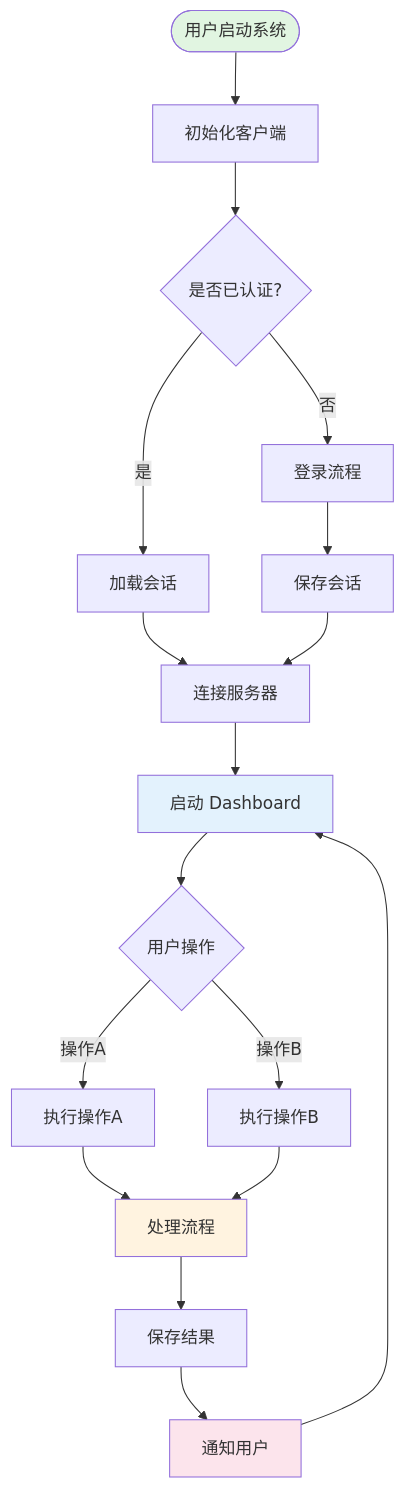
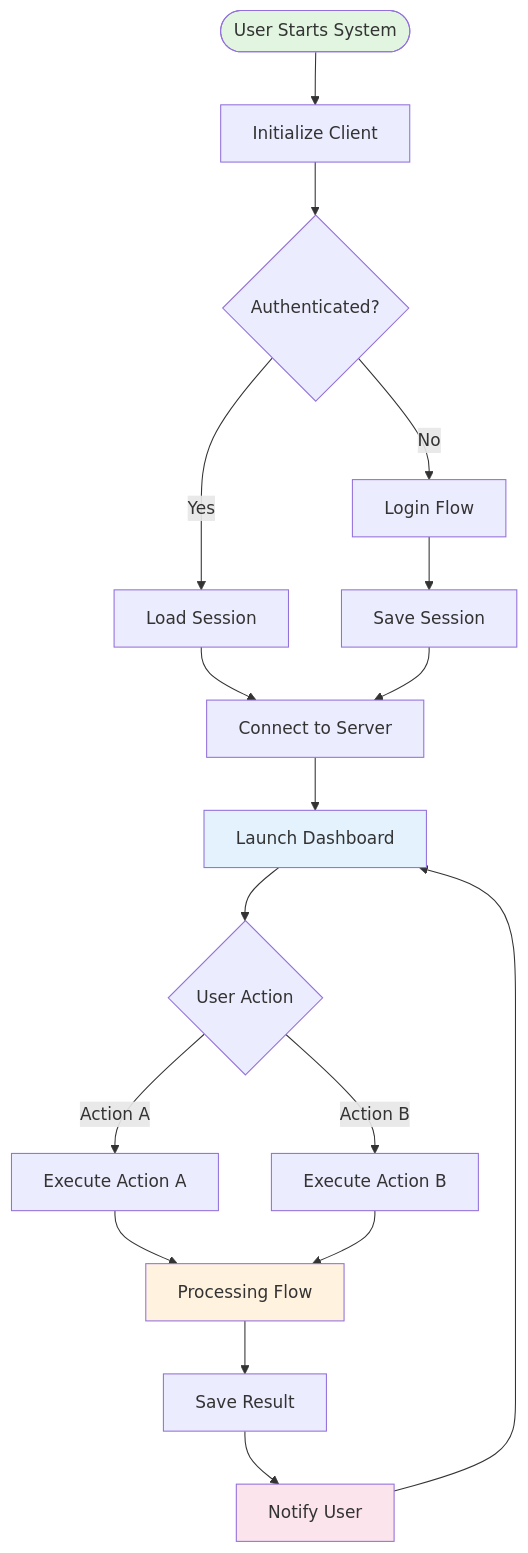
One commit to jiffies/project-documentation-skill changed the first of 3 diagrams in references/mermaid-patterns.md. Above: the diagram before and after it, drawn with Mermaid. The commit also changed other lines of this file and 3 other files, not shown here.

````diff
--- a/references/mermaid-patterns.md
+++ b/references/mermaid-patterns.md
@@ -16,29 +16,29 @@
 ```mermaid
 graph TB
-    Start([用户启动系统]) --> Init[初始化客户端]
-    Init --> Auth{是否已认证?}
-    Auth -->|否| Login[登录流程]
-    Auth -->|是| LoadSession[加载会话]
-    Login --> SaveSession[保存会话]
-    LoadSession --> Connect[连接服务器]
+    Start([User Starts System]) --> Init[Initialize Client]
+    Init --> Auth{Authenticated?}
+    Auth -->|No| Login[Login Flow]
+    Auth -->|Yes| LoadSession[Load Session]
+    Login --> SaveSession[Save Session]
+    LoadSession --> Connect[Connect to Server]
     SaveSession --> Connect
 
-    Connect --> Dashboard[启动 Dashboard]
-    Dashboard --> UserAction{用户操作}
+    Connect --> Dashboard[Launch Dashboard]
+    Dashboard --> UserAction{User Action}
 
-    UserAction -->|操作A| ActionA[执行操作A]
-    UserAction -->|操作B| ActionB[执行操作B]
+    UserAction -->|Action A| ActionA[Execute Action A]
+    UserAction -->|Action B| ActionB[Execute Action B]
 
-    ActionA --> Process[处理流程]
+    ActionA --> Process[Processing Flow]
     ActionB --> Process
 
-    Process --> Result[保存结果]
-    Result --> Notify[通知用户]
+    Process --> Result[Save Result]
+    Result --> Notify[Notify User]
 
     Notify --> Dashboard
 
     style Start fill:#e1f5e1
     style Dashboard fill:#e3f2fd
     style Process fill:#fff3e0
     style Notify fill:#fce4ec
 ```
````
